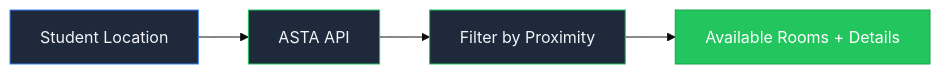
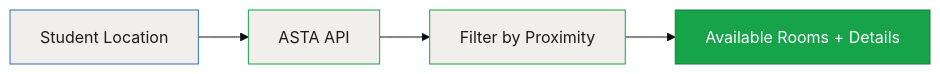
The tenth of 11 diagrams in pitch-deck/slides.md (neuromaxer/AssisTUM), drawn with Mermaid (base theme) before and after one commit. The commit also changed other lines of this file and 2 other files, not shown here.

Commit message:
fix: switch to light theme, fix diagram overflow, add screenshot placeholders

````diff
--- a/pitch-deck/slides.md
+++ b/pitch-deck/slides.md
@@ -485,10 +497,10 @@
 ```mermaid {scale: 0.6}
 graph LR
     LOC["Student Location"] --> ASTA["ASTA API"]
     ASTA --> FILTER["Filter by Proximity"]
     FILTER --> ROOMS["Available Rooms + Details"]
-    style LOC fill:#1e293b,stroke:#3b82f6,color:#f1f5f9
-    style ASTA fill:#1e293b,stroke:#22c55e,color:#f1f5f9
-    style FILTER fill:#1e293b,stroke:#22c55e,color:#f1f5f9
-    style ROOMS fill:#22c55e,stroke:#16a34a,color:#fff
+    style LOC fill:#f0efec,stroke:#3070b3,color:#1c1c1c
+    style ASTA fill:#f0efec,stroke:#16a34a,color:#1c1c1c
+    style FILTER fill:#f0efec,stroke:#16a34a,color:#1c1c1c
+    style ROOMS fill:#16a34a,stroke:#15803d,color:#ffffff
 ```
````
